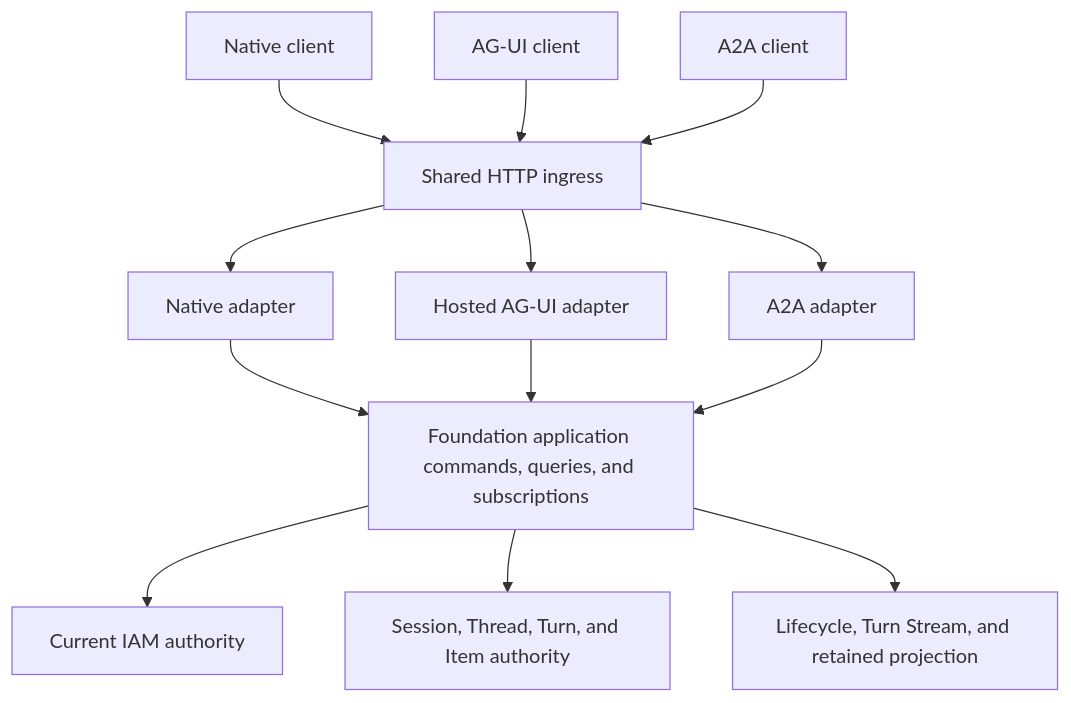
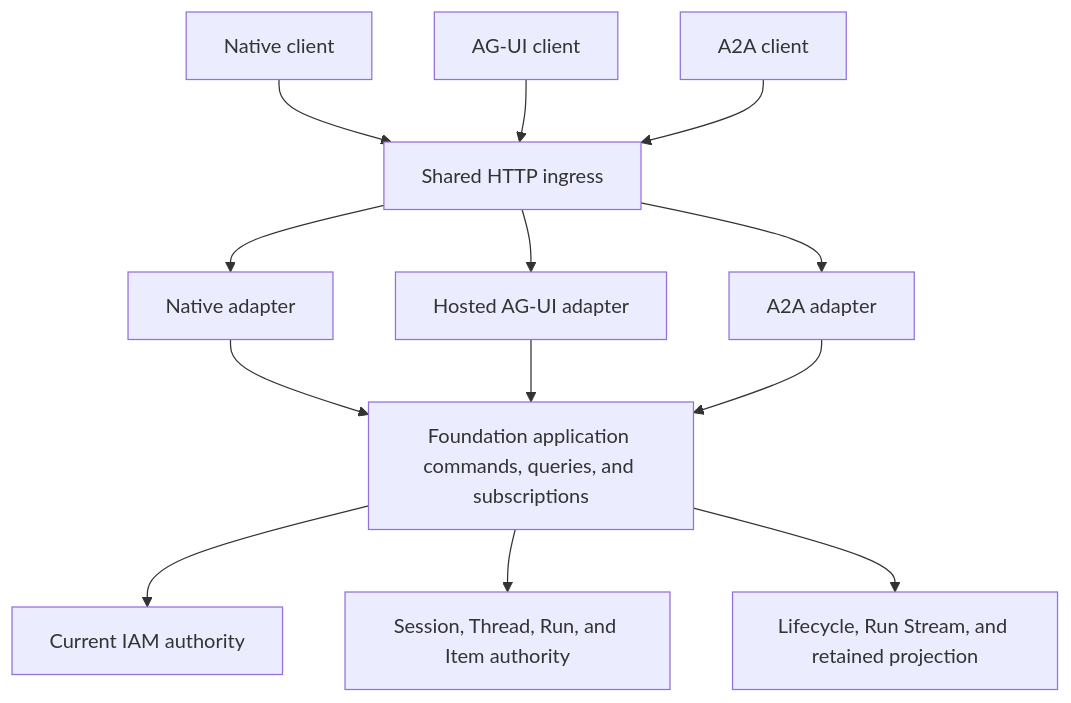
One commit to LTThreeComma/agent-foundation changed the diagram in spec/foundation-service/28-protocol-gateway.md. Above: the diagram before and after it, drawn with Mermaid. The commit also changed other lines of this file and 50 other files, not shown here.

````diff
--- a/spec/foundation-service/28-protocol-gateway.md
+++ b/spec/foundation-service/28-protocol-gateway.md
@@ -44,13 +44,13 @@
 ```mermaid
 flowchart TB
     Native[Native client] --> Ingress[Shared HTTP ingress]
     Agui[AG-UI client] --> Ingress
     A2A[A2A client] --> Ingress
     Ingress --> NativeAdapter[Native adapter]
     Ingress --> AguiAdapter[Hosted AG-UI adapter]
     Ingress --> A2AAdapter[A2A adapter]
     NativeAdapter & AguiAdapter & A2AAdapter --> App[Foundation application commands, queries, and subscriptions]
     App --> IAM[Current IAM authority]
-    App --> Interaction[Session, Thread, Turn, and Item authority]
-    App --> Delivery[Lifecycle, Turn Stream, and retained projection]
+    App --> Interaction[Session, Thread, Run, and Item authority]
+    App --> Delivery[Lifecycle, Run Stream, and retained projection]
 ```
````
